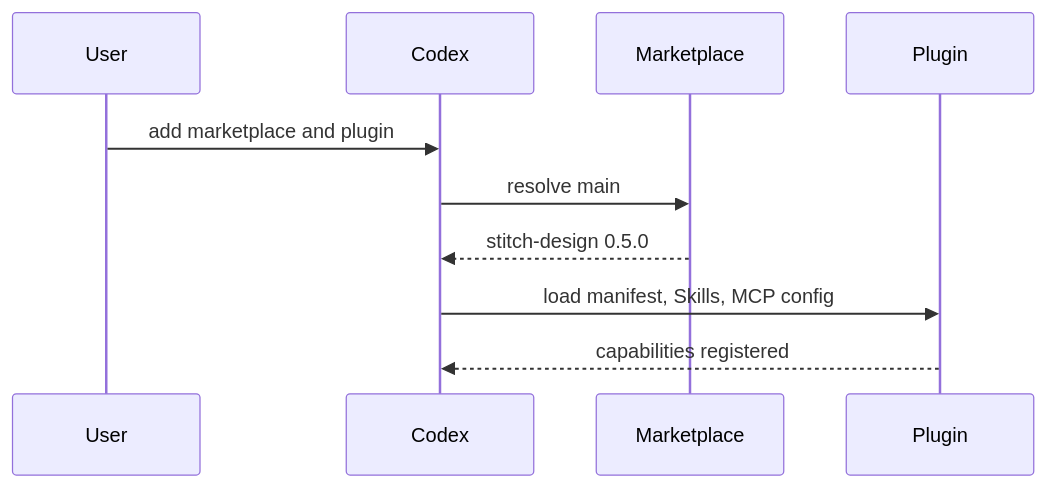
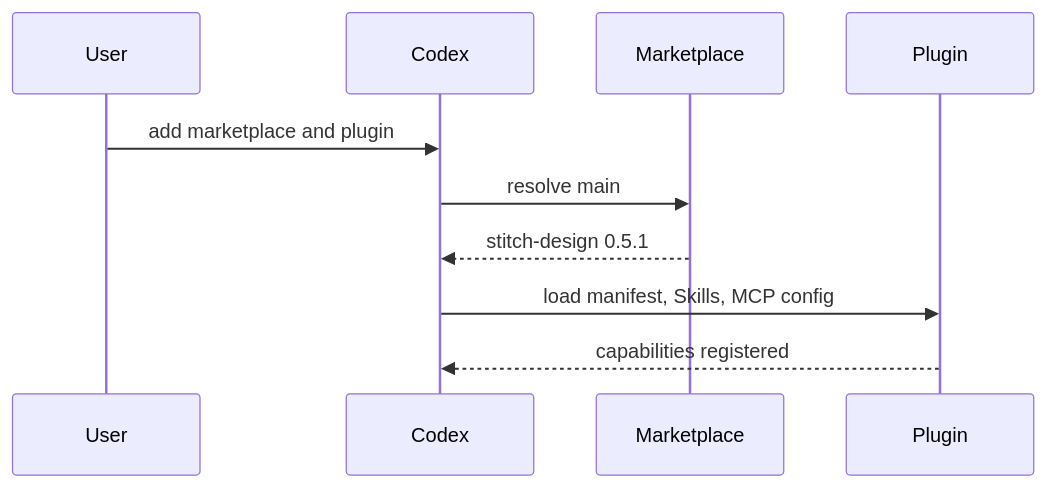
One commit to full-stack-plugins/stitch-design-plugin changed the seventh of 11 diagrams in docs/Stitch-Design-Architecture.md. Above: the diagram before and after it, drawn with Mermaid. The commit also changed other lines of this file and 20 other files, not shown here.

````diff
--- a/docs/Stitch-Design-Architecture.md
+++ b/docs/Stitch-Design-Architecture.md
@@ -158,12 +158,12 @@
 ```mermaid
 sequenceDiagram
     participant U as User
     participant C as Codex
     participant M as Marketplace
     participant P as Plugin
     U->>C: add marketplace and plugin
     C->>M: resolve main
-    M-->>C: stitch-design 0.5.0
+    M-->>C: stitch-design 0.5.1
     C->>P: load manifest, Skills, MCP config
     P-->>C: capabilities registered
 ```
````
